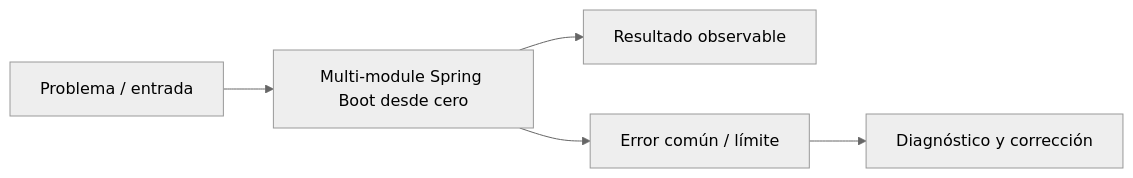
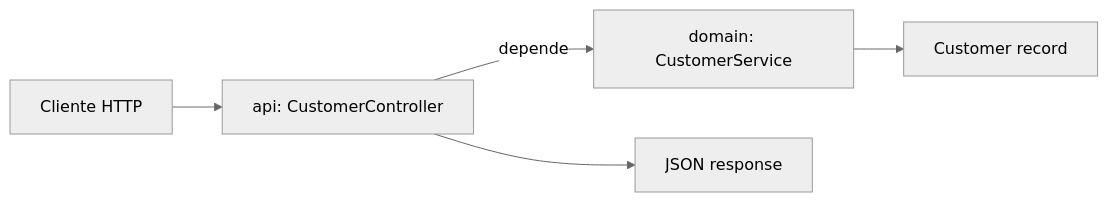
One commit to NICORUIZ93/The_Imperial_Book changed the diagram in docs/cursos/springboot-microservicios-desde-cero/fichas/m01-l07-multi-module-spring-boot-desde-cero.md. Above: the diagram before and after it, drawn with Mermaid (neutral theme). The commit also changed other lines of this file and 119 other files, not shown here.

````diff
--- a/docs/cursos/springboot-microservicios-desde-cero/fichas/m01-l07-multi-module-spring-boot-desde-cero.md
+++ b/docs/cursos/springboot-microservicios-desde-cero/fichas/m01-l07-multi-module-spring-boot-desde-cero.md
@@ -19,7 +26,7 @@
 ```mermaid
 flowchart LR
-  A[Problema / entrada] --> B[Multi-module Spring Boot desde cero]
-  B --> C[Resultado observable]
-  B --> D[Error común / límite]
-  D --> E[Diagnóstico y corrección]
+  API[api: CustomerController] -->|depende| DOM[domain: CustomerService]
+  DOM --> M[Customer record]
+  C[Cliente HTTP] --> API
+  API --> JSON[JSON response]
 ```
````
